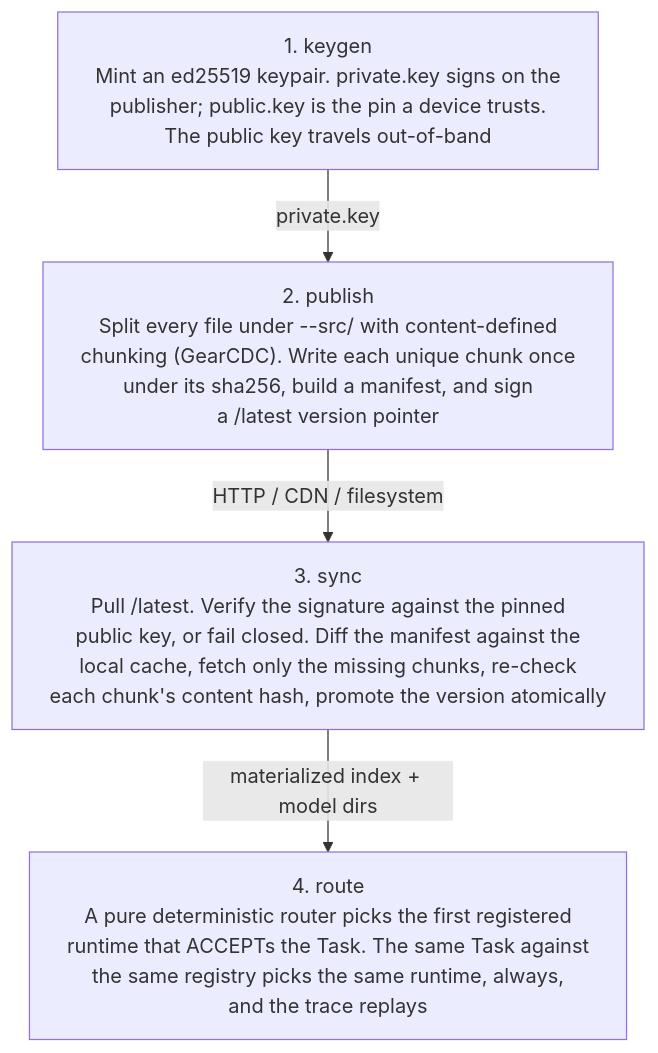
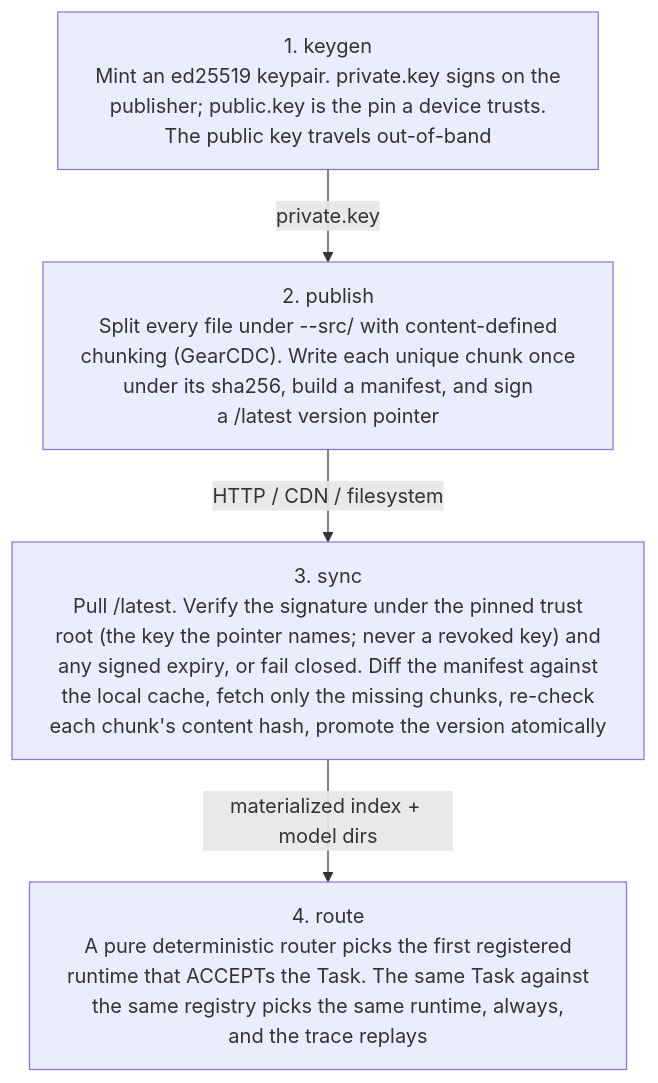
The second of 3 diagrams in docs/ARCHITECTURE.md (hseshadr/edge-proc), drawn with Mermaid before and after one commit. The commit also changed other lines of this file and 26 other files, not shown here.

````diff
--- a/docs/ARCHITECTURE.md
+++ b/docs/ARCHITECTURE.md
@@ -40,12 +40,12 @@
 ```mermaid
 %%{init: {"flowchart": {"wrappingWidth": 460}}}%%
 flowchart TD
     keygen["1. keygen<br/>Mint an ed25519 keypair. private.key signs on the<br/>publisher; public.key is the pin a device trusts.<br/>The public key travels out-of-band"]
     publish["2. publish<br/>Split every file under --src/ with content-defined<br/>chunking (GearCDC). Write each unique chunk once<br/>under its sha256, build a manifest, and sign<br/>a /latest version pointer"]
-    sync["3. sync<br/>Pull /latest. Verify the signature against the pinned<br/>public key, or fail closed. Diff the manifest against the<br/>local cache, fetch only the missing chunks, re-check<br/>each chunk's content hash, promote the version atomically"]
+    sync["3. sync<br/>Pull /latest. Verify the signature under the pinned trust<br/>root (the key the pointer names; never a revoked key) and<br/>any signed expiry, or fail closed. Diff the manifest against<br/>the local cache, fetch only the missing chunks, re-check<br/>each chunk's content hash, promote the version atomically"]
     route["4. route<br/>A pure deterministic router picks the first registered<br/>runtime that ACCEPTs the Task. The same Task against<br/>the same registry picks the same runtime, always,<br/>and the trace replays"]
 
     keygen -->|"private.key"| publish
     publish -->|"HTTP / CDN / filesystem"| sync
     sync -->|"materialized index + model dirs"| route
 ```
````
